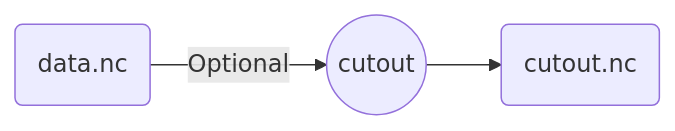
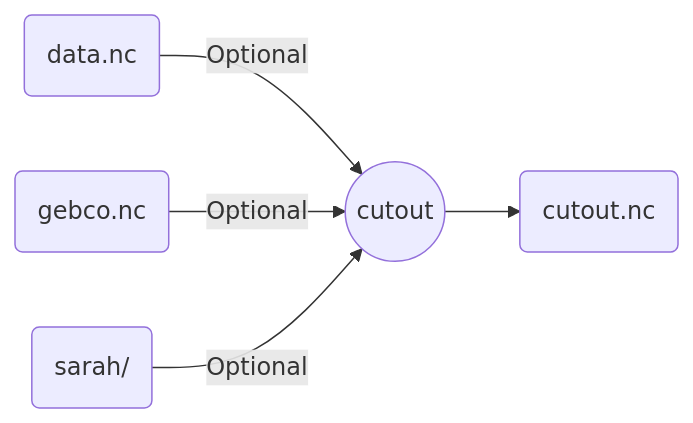
Before and after one commit to calliope-project/ec_modules: the diagram in wrappers/atlite/cutout/README.md, drawn with Mermaid. The commit also changed other lines of this file and 3 other files, not shown here.

Commit message:
ec-atlite-cutout: add gebco / sarah support

````diff
--- a/wrappers/atlite/cutout/README.md
+++ b/wrappers/atlite/cutout/README.md
@@ -15,5 +16,7 @@
 ```mermaid
 flowchart LR
-    I2(data.nc) --> |Optional| W((cutout))
+    I1(data.nc) --> |Optional| W((cutout))
+    I2(gebco.nc) --> |Optional| W
+    I3(sarah/) --> |Optional| W
     W --> O1(cutout.nc)
 ```
````
